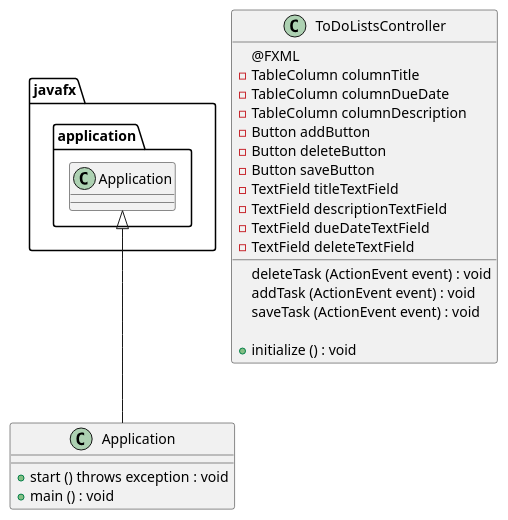
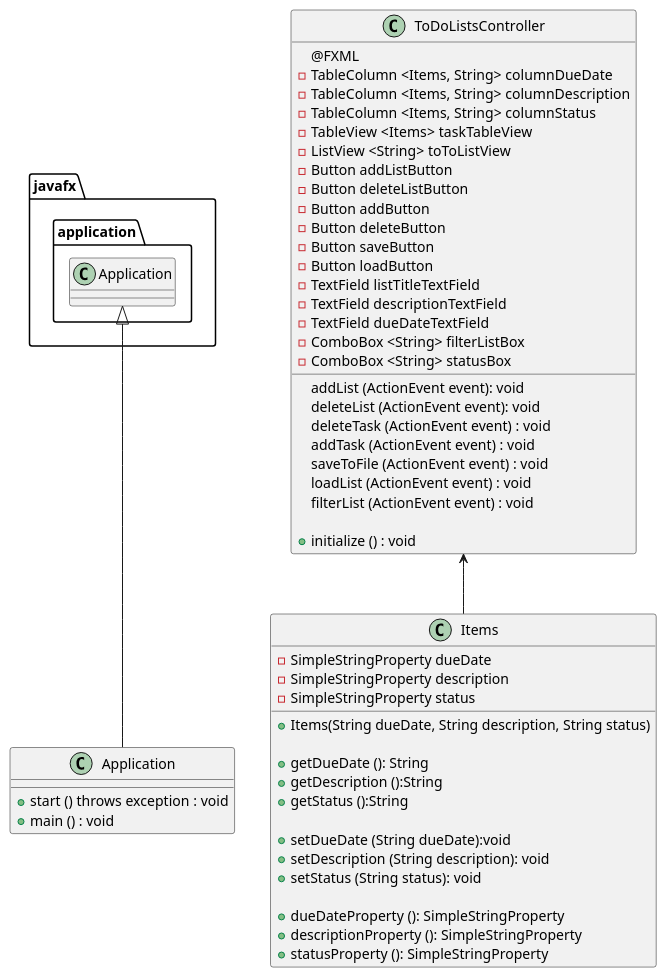
The diagram in docs/App1Design.puml (Leo2399/herrera-app1-design), drawn with PlantUML before and after one commit. The commit also changed 4 other files, not shown here.

```diff
--- a/docs/App1Design.puml
+++ b/docs/App1Design.puml
@@ -1,29 +1,60 @@
 @startuml
 class Application {
     +start () throws exception : void
     +main () : void
 }
 
 class ToDoListsController {
 
     @FXML
-    -TableColumn columnTitle
-    -TableColumn columnDueDate
-    -TableColumn columnDescription
+    -TableColumn <Items, String> columnDueDate
+    -TableColumn <Items, String> columnDescription
+    -TableColumn <Items, String> columnStatus
+    -TableView <Items> taskTableView
+    -ListView <String> toToListView
+    -Button addListButton
+    -Button deleteListButton
     -Button addButton
     -Button deleteButton
     -Button saveButton
-    -TextField titleTextField
+    -Button loadButton
+    -TextField listTitleTextField
     -TextField descriptionTextField
     -TextField dueDateTextField
-    -TextField deleteTextField
+    -ComboBox <String> filterListBox
+    -ComboBox <String> statusBox
 
+    addList (ActionEvent event): void
+    deleteList (ActionEvent event): void
     deleteTask (ActionEvent event) : void
     addTask (ActionEvent event) : void
-    saveTask (ActionEvent event) : void
+    saveToFile (ActionEvent event) : void
+    loadList (ActionEvent event) : void
+    filterList (ActionEvent event) : void
 
     +initialize () : void
 }
 
+class Items {
+    -SimpleStringProperty dueDate
+    -SimpleStringProperty description
+    -SimpleStringProperty status
+
+    +Items(String dueDate, String description, String status)
+
+    +getDueDate (): String
+    +getDescription ():String
+    +getStatus ():String
+
+    +setDueDate (String dueDate):void
+    +setDescription (String description): void
+    +setStatus (String status): void
+
+    +dueDateProperty (): SimpleStringProperty
+    +descriptionProperty (): SimpleStringProperty
+    +statusProperty (): SimpleStringProperty
+}
+
+ToDoListsController <-- Items
 javafx.application.Application<|--Application
 @enduml
```
